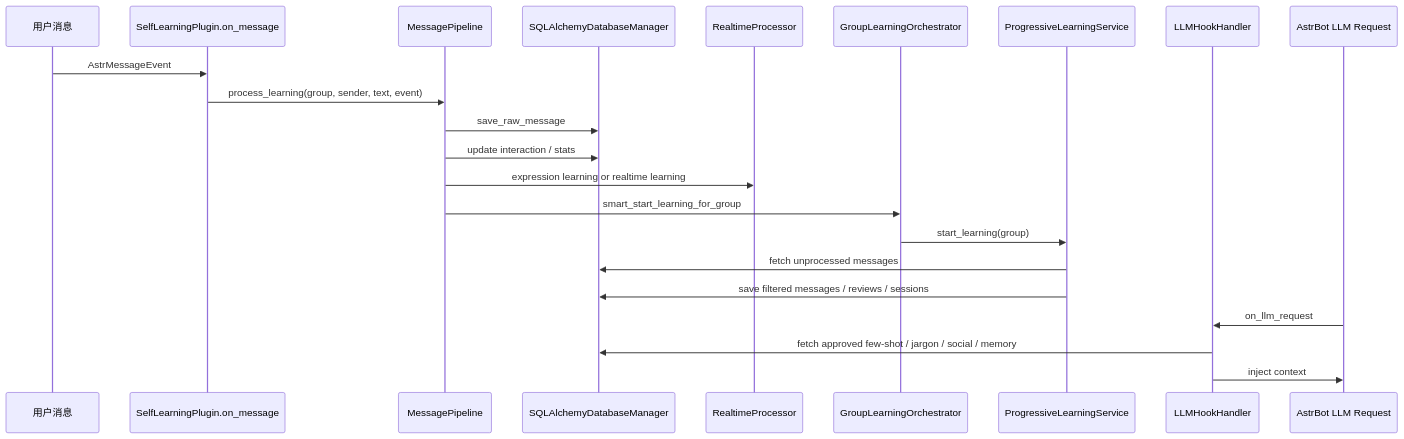
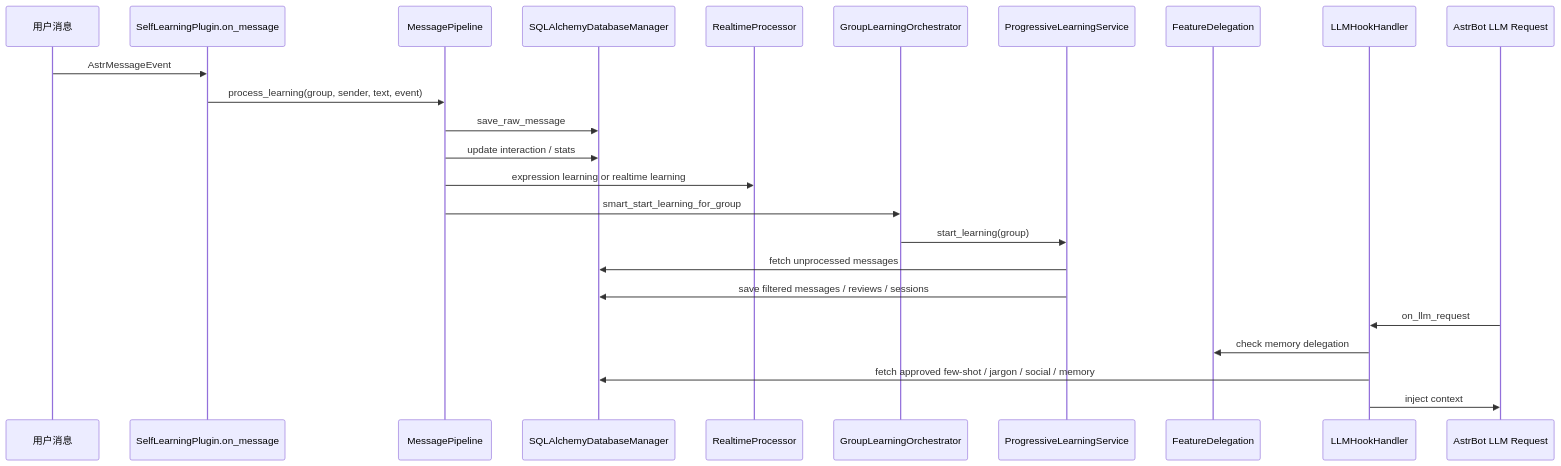
One commit to NickCharlie/astrbot_plugin_self_learning changed the diagram in docs/learning-flow.md. Above: the diagram before and after it, drawn with Mermaid. The commit also changed other lines of this file and 8 other files, not shown here.

````diff
--- a/docs/learning-flow.md
+++ b/docs/learning-flow.md
@@ -10,25 +10,27 @@
 ```mermaid
 sequenceDiagram
     participant U as 用户消息
     participant P as SelfLearningPlugin.on_message
     participant M as MessagePipeline
     participant DB as SQLAlchemyDatabaseManager
     participant R as RealtimeProcessor
     participant G as GroupLearningOrchestrator
     participant L as ProgressiveLearningService
+    participant F as FeatureDelegation
     participant H as LLMHookHandler
     participant A as AstrBot LLM Request
 
     U->>P: AstrMessageEvent
     P->>M: process_learning(group, sender, text, event)
     M->>DB: save_raw_message
     M->>DB: update interaction / stats
     M->>R: expression learning or realtime learning
     M->>G: smart_start_learning_for_group
     G->>L: start_learning(group)
     L->>DB: fetch unprocessed messages
     L->>DB: save filtered messages / reviews / sessions
     A->>H: on_llm_request
+    H->>F: check memory delegation
     H->>DB: fetch approved few-shot / jargon / social / memory
     H->>A: inject context
 ```
````
